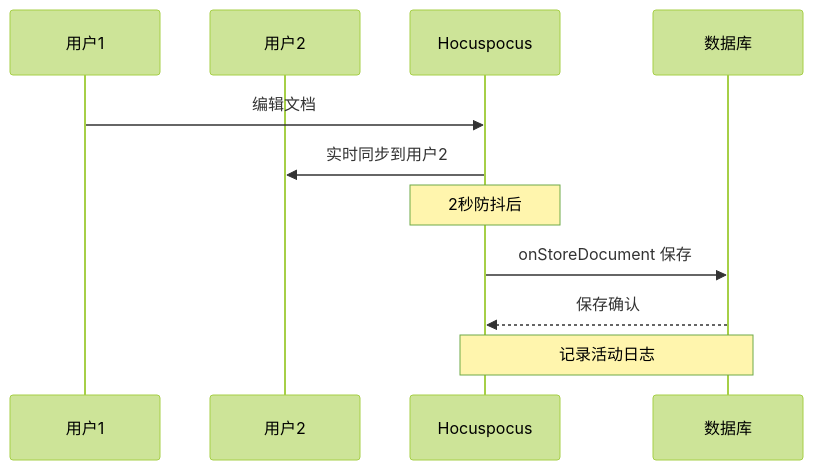
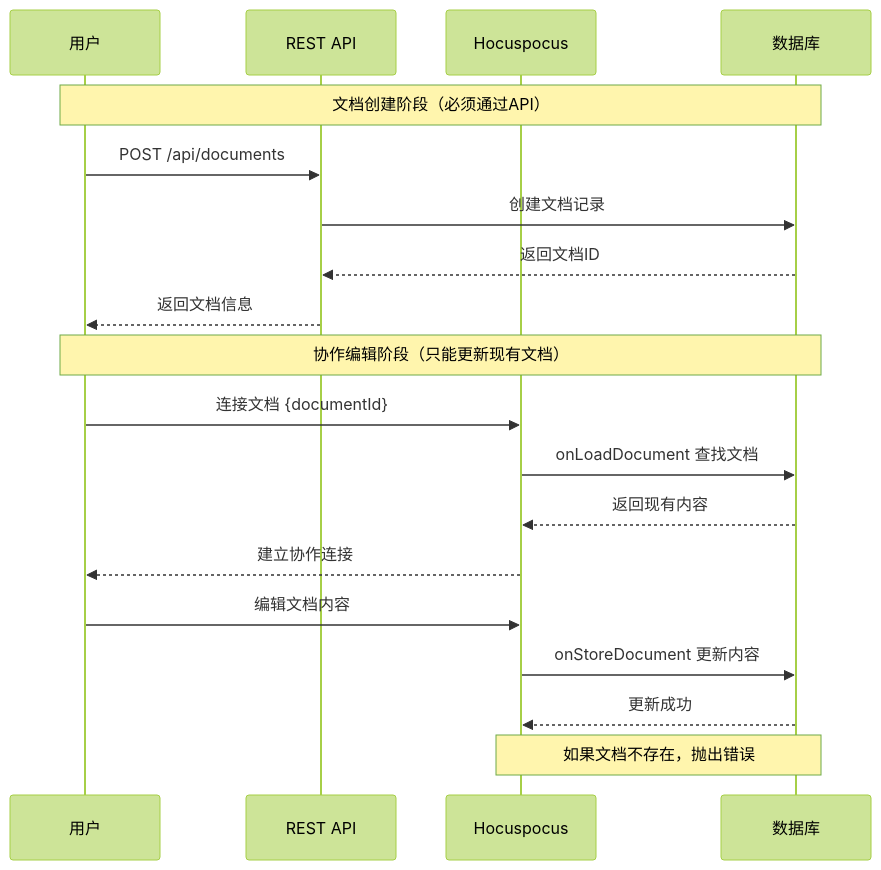
Before and after one commit to QAQmmttyyy/tiptap-hocuspocus: the third of 3 diagrams in docs/技术方案-文档管理系统.md, drawn with Mermaid (forest theme). The commit also changed other lines of this file and 1 other file, not shown here.

````diff
--- a/docs/技术方案-文档管理系统.md
+++ b/docs/技术方案-文档管理系统.md
@@ -809,16 +845,25 @@
 ```mermaid
 sequenceDiagram
-    participant C1 as 用户1
-    participant C2 as 用户2
+    participant U as 用户
+    participant API as REST API
     participant H as Hocuspocus
     participant DB as 数据库
     
-    C1->>H: 编辑文档
-    H->>C2: 实时同步到用户2
+    Note over U,DB: 文档创建阶段（必须通过API）
+    U->>API: POST /api/documents
+    API->>DB: 创建文档记录
+    DB-->>API: 返回文档ID
+    API-->>U: 返回文档信息
     
-    Note over H: 2秒防抖后
-    H->>DB: onStoreDocument 保存
-    DB-->>H: 保存确认
+    Note over U,DB: 协作编辑阶段（只能更新现有文档）
+    U->>H: 连接文档 {documentId}
+    H->>DB: onLoadDocument 查找文档
+    DB-->>H: 返回现有内容
+    H-->>U: 建立协作连接
     
-    Note over H,DB: 记录活动日志
+    U->>H: 编辑文档内容
+    H->>DB: onStoreDocument 更新内容
+    DB-->>H: 更新成功
+    
+    Note over H,DB: 如果文档不存在，抛出错误
 ```
````
